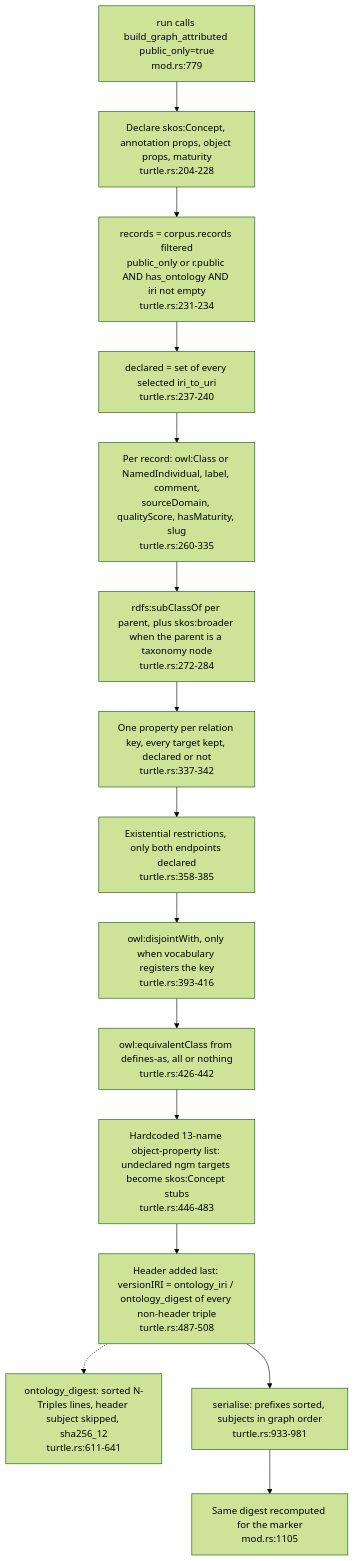
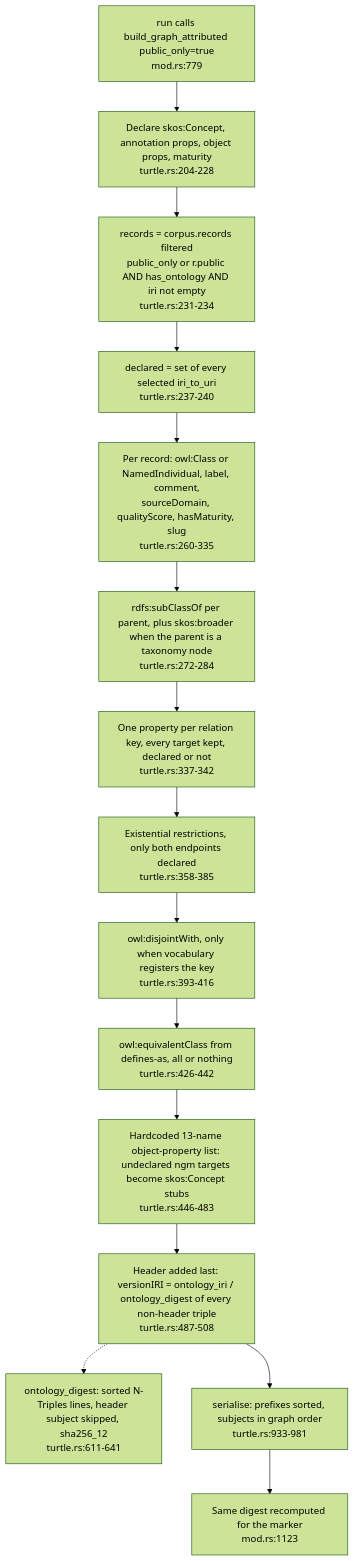
Before and after one commit to DreamLab-AI/VisionFlow: the second of 7 diagrams in docs/diagrams/ontomark/04-emitters-turtle-indexes-tiers-and-contract-c3.md, drawn with Mermaid (forest theme). The commit also changed other lines of this file and 70 other files, not shown here.

First line of the commit message:
docs(diagrams): re-verify 69 topics at current default-branch heads

````diff
--- a/docs/diagrams/ontomark/04-emitters-turtle-indexes-tiers-and-contract-c3.md
+++ b/docs/diagrams/ontomark/04-emitters-turtle-indexes-tiers-and-contract-c3.md
@@ -80,21 +80,21 @@
 ```mermaid
 flowchart TD
     CALL["run calls build_graph_attributed public_only=true<br/>mod.rs:779"]
     DECL["Declare skos:Concept, annotation props, object props, maturity<br/>turtle.rs:204-228"]
     SEL["records = corpus.records filtered<br/>public_only or r.public AND has_ontology AND iri not empty<br/>turtle.rs:231-234"]
     DECLSET["declared = set of every selected iri_to_uri<br/>turtle.rs:237-240"]
     CLS["Per record: owl:Class or NamedIndividual, label, comment,<br/>sourceDomain, qualityScore, hasMaturity, slug<br/>turtle.rs:260-335"]
     SUBC["rdfs:subClassOf per parent, plus skos:broader when the parent is a taxonomy node<br/>turtle.rs:272-284"]
     REL["One property per relation key, every target kept, declared or not<br/>turtle.rs:337-342"]
     RESTR["Existential restrictions, only both endpoints declared<br/>turtle.rs:358-385"]
     DISJ["owl:disjointWith, only when vocabulary registers the key<br/>turtle.rs:393-416"]
     DEFS["owl:equivalentClass from defines-as, all or nothing<br/>turtle.rs:426-442"]
     STUB["Hardcoded 13-name object-property list: undeclared ngm targets become skos:Concept stubs<br/>turtle.rs:446-483"]
     HDR["Header added last: versionIRI = ontology_iri / ontology_digest of every non-header triple<br/>turtle.rs:487-508"]
     DIG["ontology_digest: sorted N-Triples lines, header subject skipped, sha256_12<br/>turtle.rs:611-641"]
     SER["serialise: prefixes sorted, subjects in graph order<br/>turtle.rs:933-981"]
-    GENM["Same digest recomputed for the marker<br/>mod.rs:1105"]
+    GENM["Same digest recomputed for the marker<br/>mod.rs:1123"]
     CALL --> DECL --> SEL --> DECLSET --> CLS --> SUBC --> REL --> RESTR --> DISJ --> DEFS --> STUB --> HDR --> SER
     HDR -.-> DIG
     SER --> GENM
 ```
````
